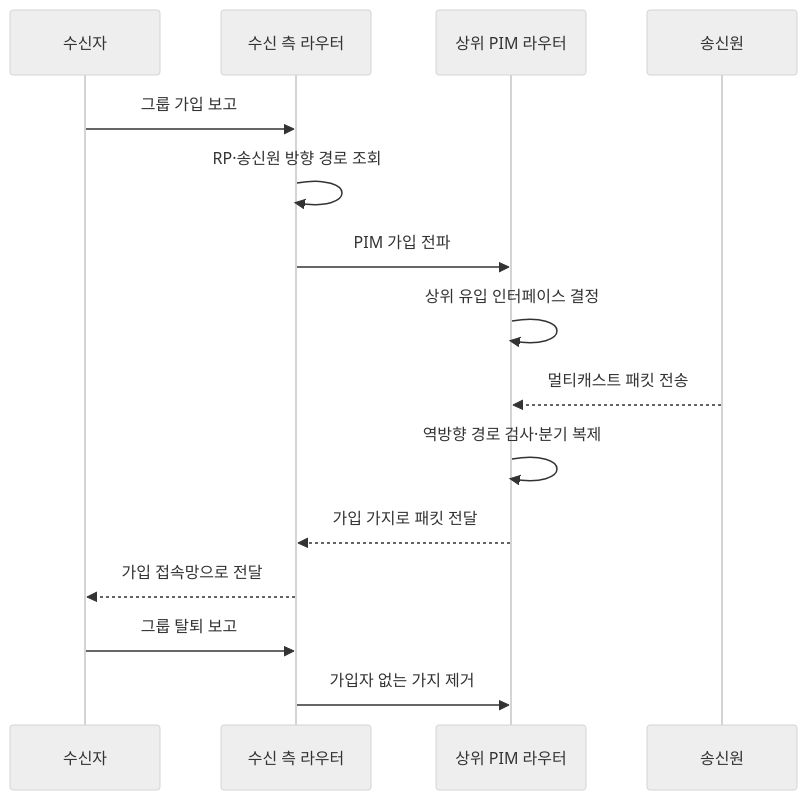
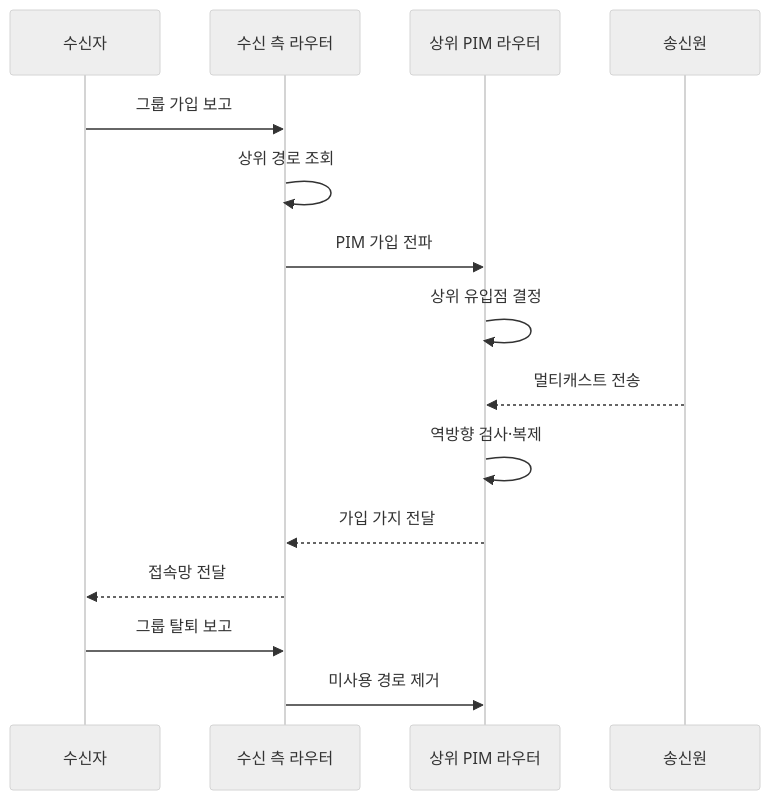
One commit to agnusdei1207/knowledge-base changed the second of 2 diagrams in src/content/docs/notes/04-network/116_multicast_igmp_pim.md. Above: the diagram before and after it, drawn with Mermaid (neutral theme). The commit also changed other lines of this file and 6 other files, not shown here.

````diff
--- a/src/content/docs/notes/04-network/116_multicast_igmp_pim.md
+++ b/src/content/docs/notes/04-network/116_multicast_igmp_pim.md
@@ -83,17 +85,17 @@
 ```mermaid
 sequenceDiagram
   participant H as 수신자
   participant E as 수신 측 라우터
   participant U as 상위 PIM 라우터
   participant S as 송신원
   H->>E: 그룹 가입 보고
-  E->>E: RP·송신원 방향 경로 조회
+  E->>E: 상위 경로 조회
   E->>U: PIM 가입 전파
-  U->>U: 상위 유입 인터페이스 결정
-  S-->>U: 멀티캐스트 패킷 전송
-  U->>U: 역방향 경로 검사·분기 복제
-  U-->>E: 가입 가지로 패킷 전달
-  E-->>H: 가입 접속망으로 전달
+  U->>U: 상위 유입점 결정
+  S-->>U: 멀티캐스트 전송
+  U->>U: 역방향 검사·복제
+  U-->>E: 가입 가지 전달
+  E-->>H: 접속망 전달
   H->>E: 그룹 탈퇴 보고
-  E->>U: 가입자 없는 가지 제거
+  E->>U: 미사용 경로 제거
 ```
````
